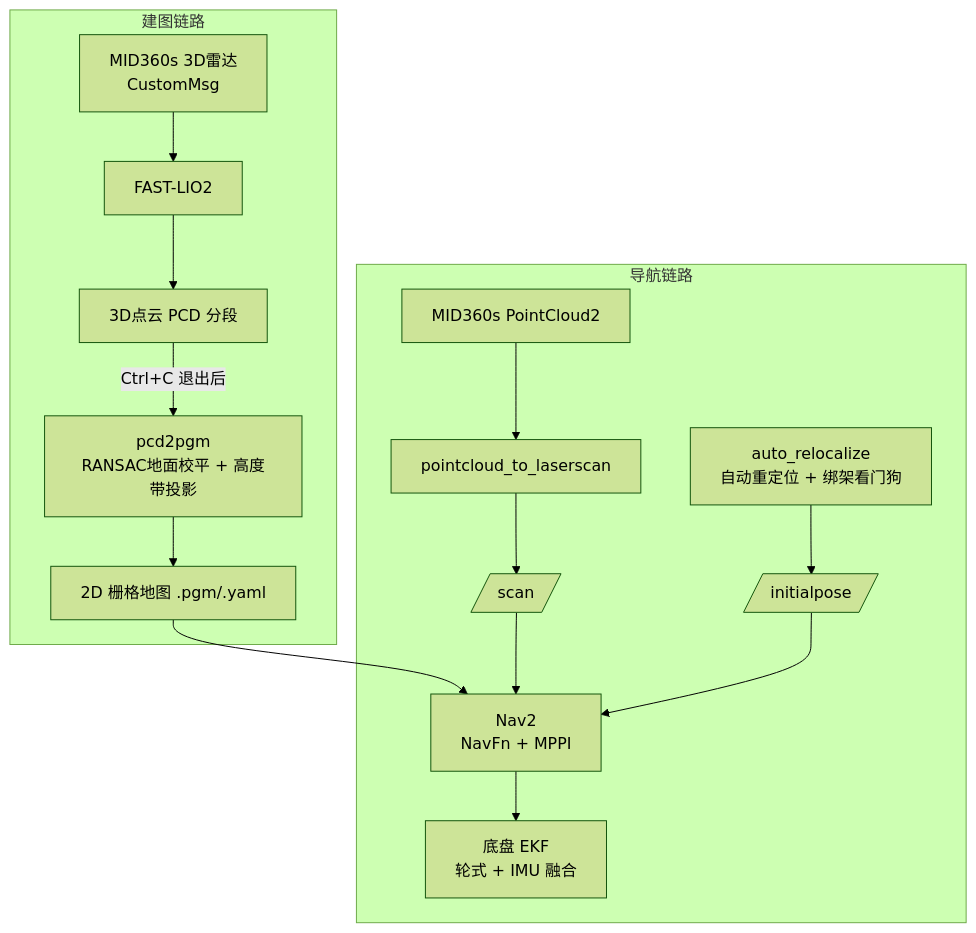
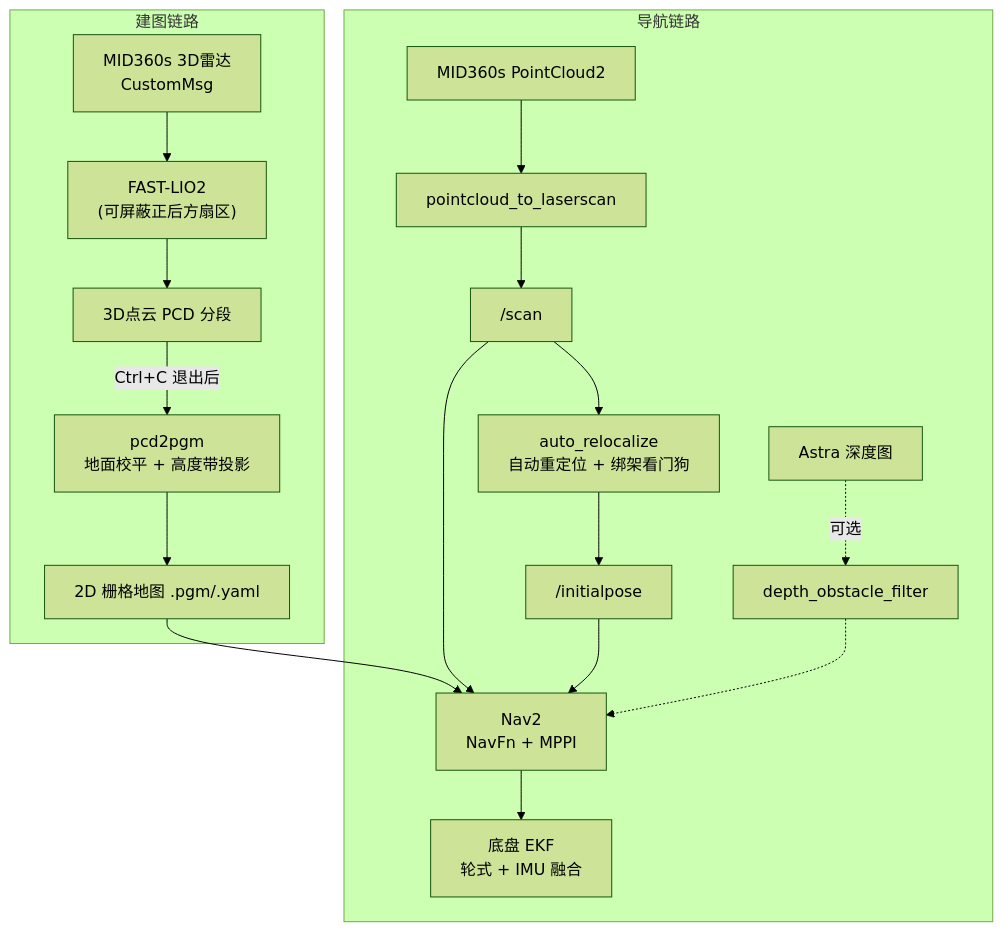
The diagram in README.md (shihua-hou/ros2_car_console), drawn with Mermaid (forest theme) before and after one commit. The commit also changed other lines of this file and 85 other files, not shown here.

````diff
--- a/README.md
+++ b/README.md
@@ -44,17 +44,18 @@
 ```mermaid
 flowchart TD
     subgraph 建图链路
-      A[MID360s 3D雷达<br/>CustomMsg] --> B[FAST-LIO2]
-      B --> C[3D点云 PCD 分段]
-      C -->|Ctrl+C 退出后| D[pcd2pgm<br/>RANSAC地面校平 + 高度带投影]
-      D --> E[2D 栅格地图 .pgm/.yaml]
+      A["MID360s 3D雷达<br/>CustomMsg"] --> B["FAST-LIO2<br/>(可屏蔽正后方扇区)"]
+      B --> C["3D点云 PCD 分段"]
+      C -->|"Ctrl+C 退出后"| D["pcd2pgm<br/>地面校平 + 高度带投影"]
+      D --> E["2D 栅格地图 .pgm/.yaml"]
     end
     subgraph 导航链路
-      F[MID360s PointCloud2] --> G[pointcloud_to_laserscan] --> H[/scan/]
-      E --> I[Nav2<br/>NavFn + MPPI]
+      F["MID360s PointCloud2"] --> G["pointcloud_to_laserscan"] --> H["/scan"]
+      E --> I["Nav2<br/>NavFn + MPPI"]
       H --> I
-      J[auto_relocalize<br/>自动重定位 + 绑架看门狗] --> K[/initialpose/]
-      K --> I
-      I --> L[底盘 EKF<br/>轮式 + IMU 融合]
+      H --> J["auto_relocalize<br/>自动重定位 + 绑架看门狗"]
+      J --> K["/initialpose"] --> I
+      M["Astra 深度图"] -.可选.-> N["depth_obstacle_filter"] -.-> I
+      I --> L["底盘 EKF<br/>轮式 + IMU 融合"]
     end
 ```
````
